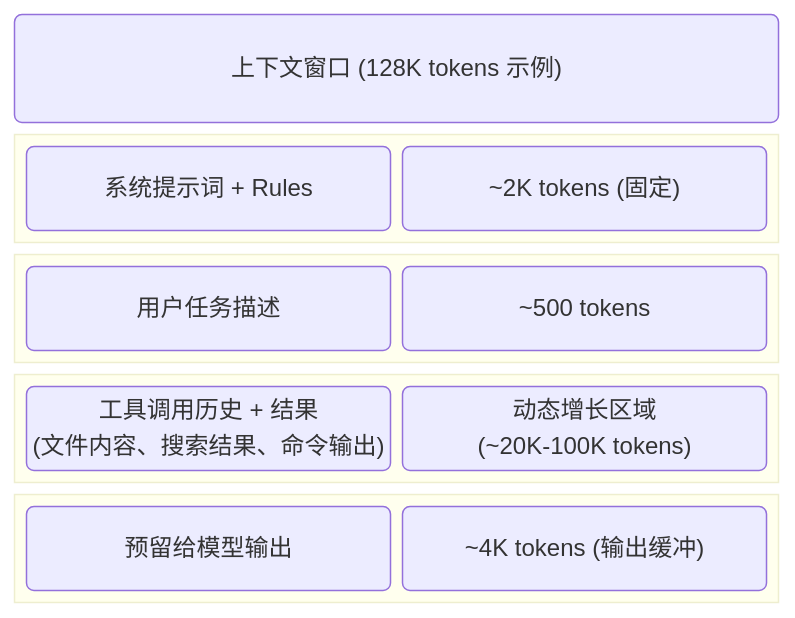
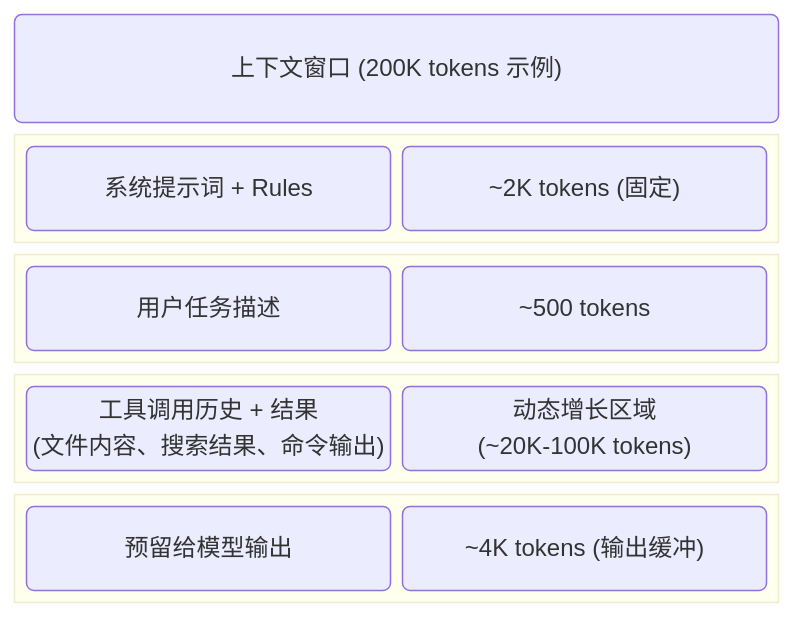
Before and after one commit to yeasy/agentic_ai_guide: the sixth of 7 diagrams in 10_agentic_coding/10.2_loop.md, drawn with Mermaid. The commit also changed other lines of this file and 48 other files, not shown here.

````diff
--- a/10_agentic_coding/10.2_loop.md
+++ b/10_agentic_coding/10.2_loop.md
@@ -273,21 +275,21 @@
 ```mermaid
 block-beta
     columns 1
-    db1("上下文窗口 (128K tokens 示例)"):1
+    db1("上下文窗口 (200K tokens 示例)"):1
     block:fixed
         sys("系统提示词 + Rules"):1
         note1("~2K tokens (固定)")
     end
     block:user
         task("用户任务描述"):1
         note2("~500 tokens")
     end
     block:dynamic
         hist("工具调用历史 + 结果<br>(文件内容、搜索结果、命令输出)"):1
         note3("动态增长区域<br>(~20K-100K tokens)")
     end
     block:output
         out("预留给模型输出"):1
         note4("~4K tokens (输出缓冲)")
     end
 ```
````
